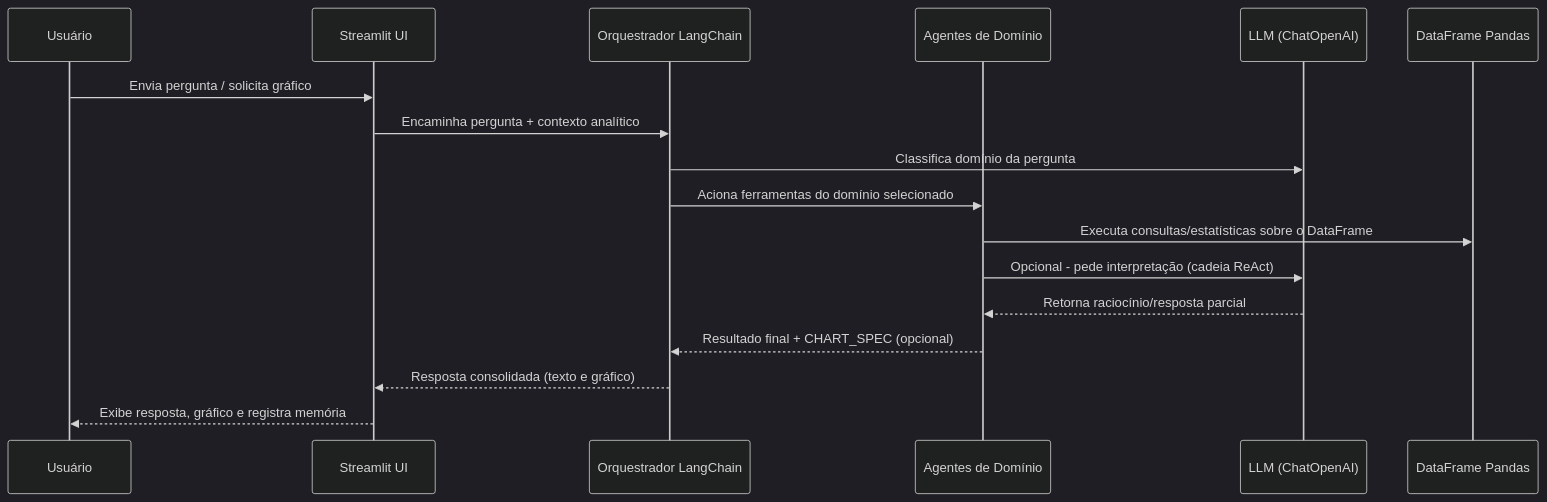
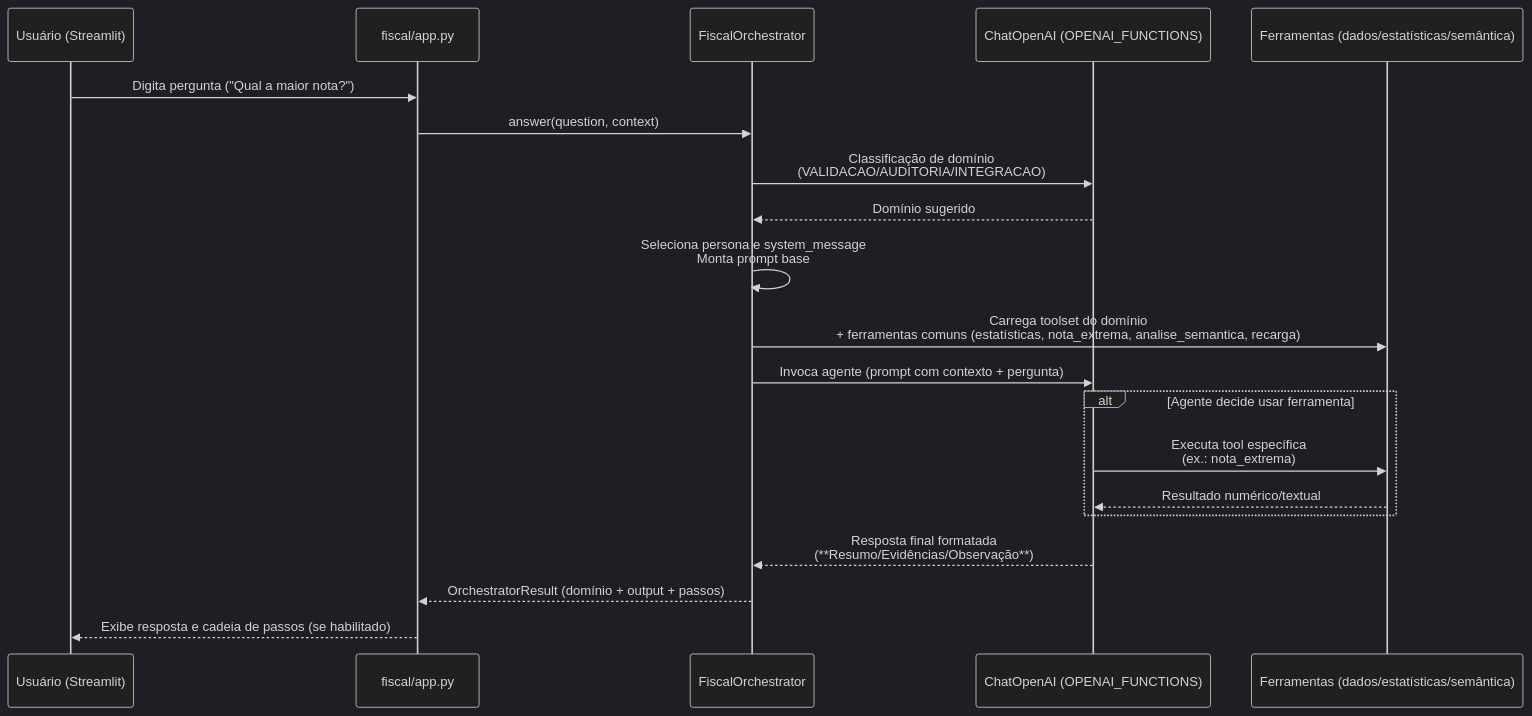
The first of 4 diagrams in README.md (meta-i2a2-sigma-ia/projeto-final), drawn with Mermaid (dark theme) before and after one commit. The commit also changed other lines of this file and 29 other files, not shown here.

````diff
--- a/README.md
+++ b/README.md
@@ -59,20 +59,28 @@
 ```mermaid
 sequenceDiagram
-    participant U as Usuário
-    participant S as Streamlit UI
-    participant O as Orquestrador LangChain
-    participant A as Agentes de Domínio
-    participant L as LLM (ChatOpenAI)
-    participant D as DataFrame Pandas
+participant U as Usuário (Streamlit)
+participant UI as fiscal/app.py
+participant Orc as FiscalOrchestrator
+participant LLM as ChatOpenAI (OPENAI_FUNCTIONS)
+participant Tools as Ferramentas (dados/estatísticas/semântica)
 
-    U->>S: Envia pergunta / solicita gráfico
-    S->>O: Encaminha pergunta + contexto analítico
-    O->>L: Classifica domínio da pergunta
-    O->>A: Aciona ferramentas do domínio selecionado
-    A->>D: Executa consultas/estatísticas sobre o DataFrame
-    A->>L: Opcional - pede interpretação (cadeia ReAct)
-    L-->>A: Retorna raciocínio/resposta parcial
-    A-->>O: Resultado final + CHART_SPEC (opcional)
-    O-->>S: Resposta consolidada (texto e gráfico)
-    S-->>U: Exibe resposta, gráfico e registra memória
+      U->>UI: Digita pergunta ("Qual a maior nota?")
+      UI->>Orc: answer(question, context)
+
+      Orc->>LLM: Classificação de domínio<br/>(VALIDACAO/AUDITORIA/INTEGRACAO)
+      LLM-->>Orc: Domínio sugerido
+
+      Orc->>Orc: Seleciona persona e system_message<br/>Monta prompt base
+
+      Orc->>Tools: Carrega toolset do domínio<br/>+ ferramentas comuns (estatísticas, nota_extrema, analise_semantica, recarga)
+
+      Orc->>LLM: Invoca agente (prompt com contexto + pergunta)
+      alt Agente decide usar ferramenta
+          LLM->>Tools: Executa tool específica<br/>(ex.: nota_extrema)
+          Tools-->>LLM: Resultado numérico/textual
+      end
+
+      LLM-->>Orc: Resposta final formatada<br/>(**Resumo/Evidências/Observação**)
+      Orc-->>UI: OrchestratorResult (domínio + output + passos)
+      UI-->>U: Exibe resposta e cadeia de passos (se habilitado)
 ```
````
